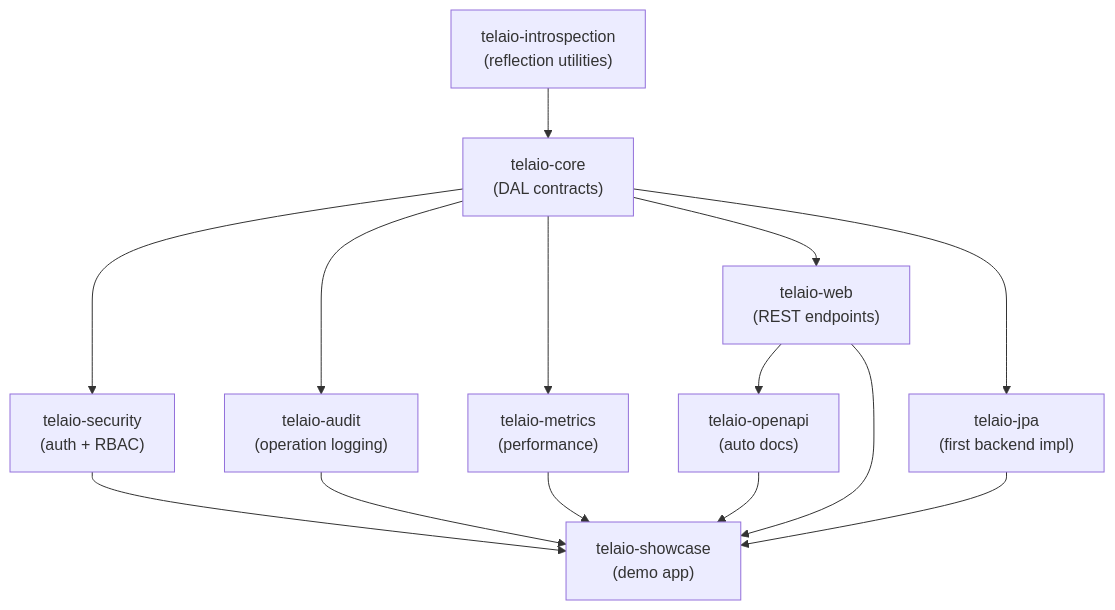
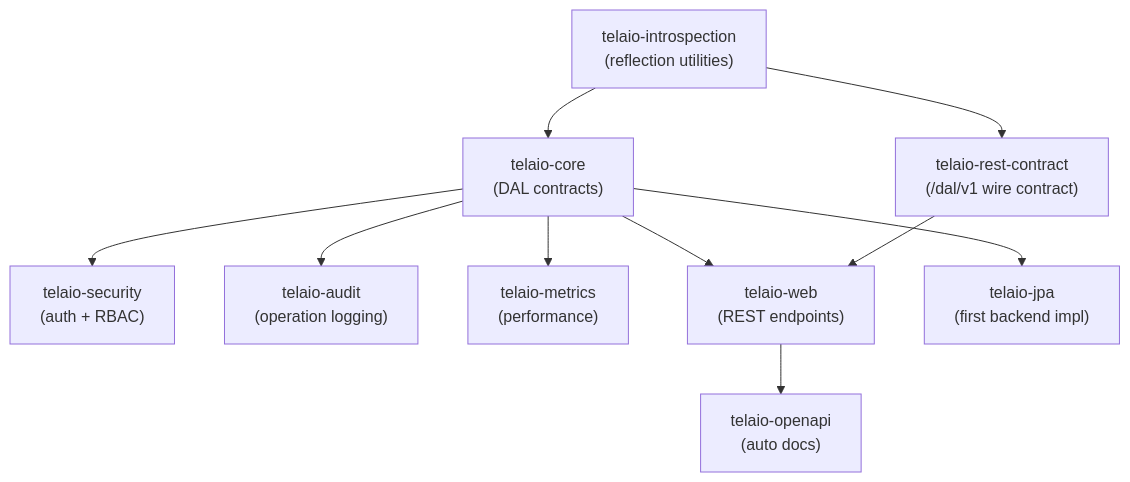
The first of 9 diagrams in docs/architecture.md (marcopag90/telaio), drawn with Mermaid before and after one commit. The commit also changed other lines of this file and 108 other files, not shown here.

First line of the commit message:
feat: typed REST client for the DAL API (rest-contract, rest-client-shared, rest-client) (#14)

````diff
--- a/docs/architecture.md
+++ b/docs/architecture.md
@@ -30,17 +41,13 @@
 ```mermaid
 graph TD
     A["telaio-introspection<br/>(reflection utilities)"]
     A --> B["telaio-core<br/>(DAL contracts)"]
+    A --> R["telaio-rest-contract<br/>(/dal/v1 wire contract)"]
     B --> C["telaio-security<br/>(auth + RBAC)"]
     B --> D["telaio-audit<br/>(operation logging)"]
     B --> E["telaio-metrics<br/>(performance)"]
     B --> F["telaio-web<br/>(REST endpoints)"]
     B --> G["telaio-jpa<br/>(first backend impl)"]
+    R --> F
     F --> H["telaio-openapi<br/>(auto docs)"]
-    C --> I["telaio-showcase<br/>(demo app)"]
-    D --> I
-    E --> I
-    F --> I
-    G --> I
-    H --> I
 ```
````
